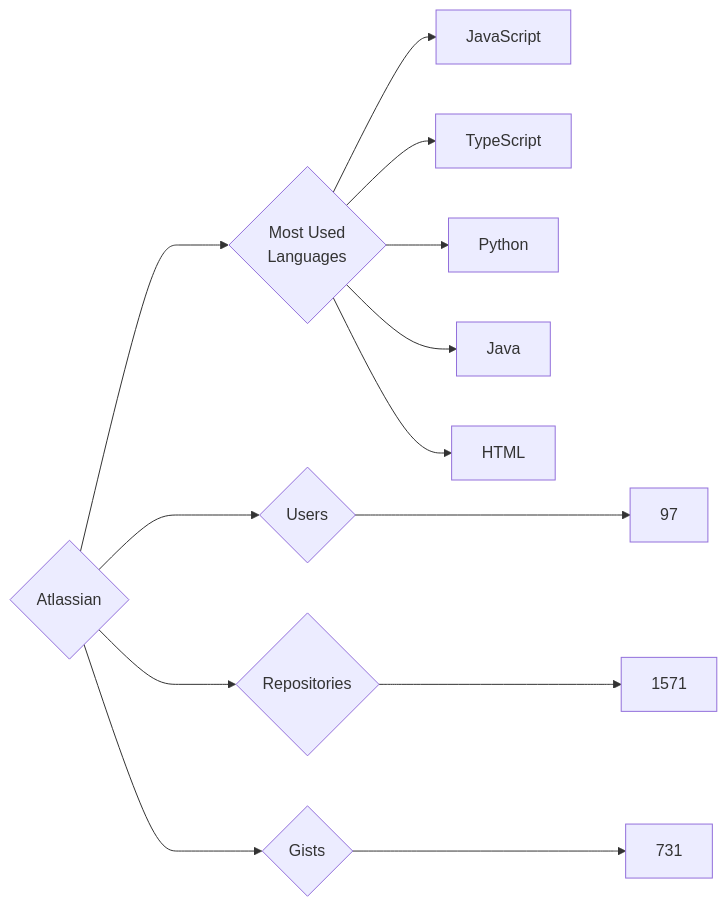
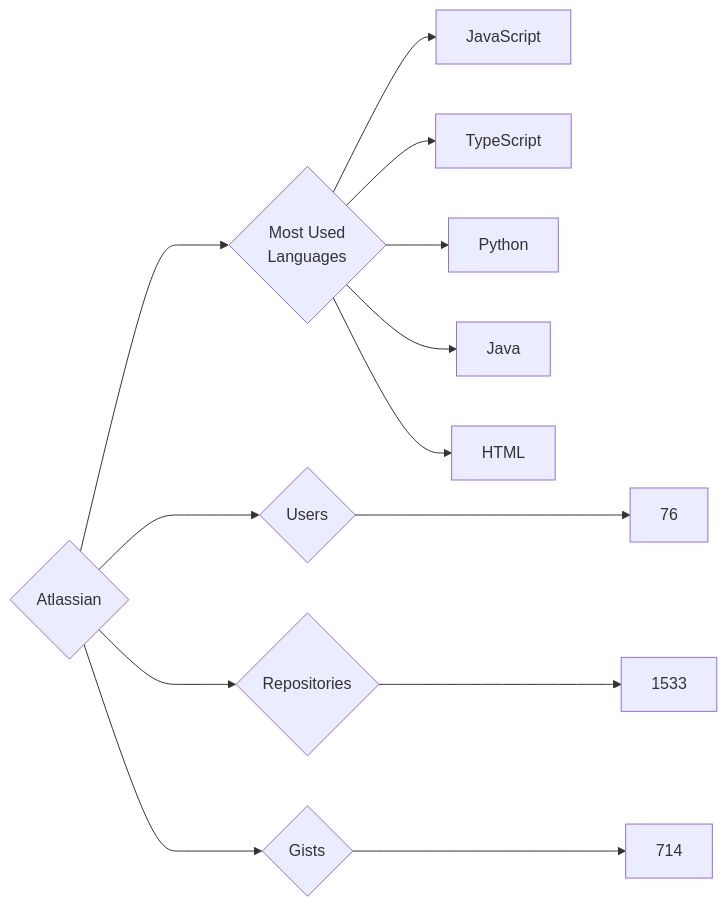
Before and after one commit to trickest/insiders: the diagram in targets/Atlassian/README.md, drawn with Mermaid. The commit also changed 1084 other files, not shown here.

````diff
--- a/targets/Atlassian/README.md
+++ b/targets/Atlassian/README.md
@@ -3,13 +3,13 @@
 ```mermaid
 graph LR
 COMPANY_NAME{Atlassian}
-COMPANY_NAME ---> U{Users} ---> UN[97]
-COMPANY_NAME ---> R{Repositories} ---> RN[1571]
-COMPANY_NAME ---> G{Gists} ---> GN[731]
+COMPANY_NAME ---> U{Users} ---> UN[76]
+COMPANY_NAME ---> R{Repositories} ---> RN[1533]
+COMPANY_NAME ---> G{Gists} ---> GN[714]
 COMPANY_NAME ---> ML{Most Used<br>Languages}
 ML --> JavaScript[JavaScript]
 ML --> TypeScript[TypeScript]
 ML --> Python[Python]
 ML --> Java[Java]
 ML --> HTML[HTML]
 ```
````
